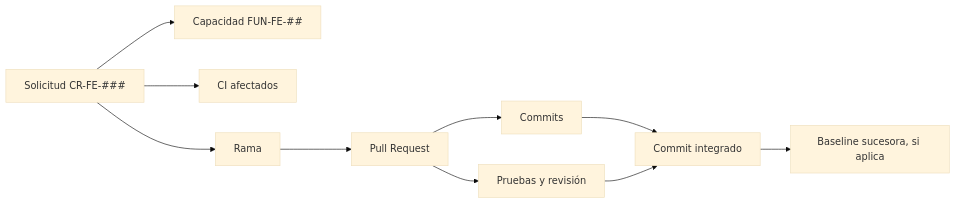
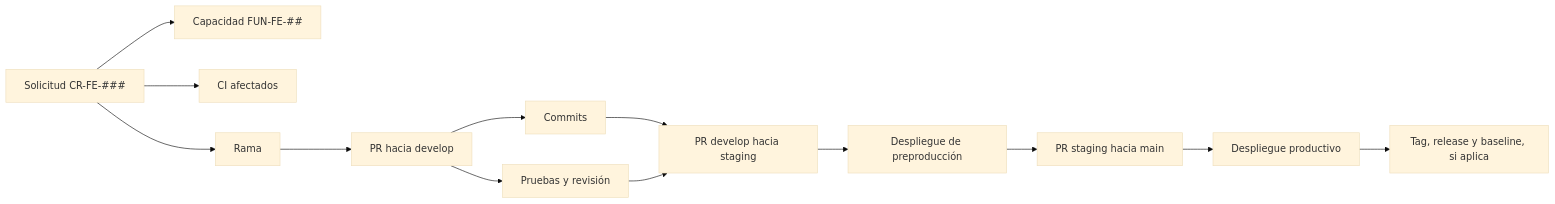
The diagram in docs/gestion-configuracion/trazabilidad/README.md (sergioing1000/dgsites), drawn with Mermaid (base theme) before and after one commit. The commit also changed other lines of this file and 13 other files, not shown here.

Commit message:
ci: configurar promoción entre develop staging y main

````diff
--- a/docs/gestion-configuracion/trazabilidad/README.md
+++ b/docs/gestion-configuracion/trazabilidad/README.md
@@ -9,12 +9,15 @@
 ```mermaid
 flowchart LR
     A["Solicitud CR-FE-###"] --> B["Capacidad FUN-FE-##"]
     A --> C["CI afectados"]
     A --> D["Rama"]
-    D --> E["Pull Request"]
+    D --> E["PR hacia develop"]
     E --> F["Commits"]
     E --> G["Pruebas y revisión"]
-    F --> H["Commit integrado"]
+    F --> H["PR develop hacia staging"]
     G --> H
-    H --> I["Baseline sucesora, si aplica"]
+    H --> I["Despliegue de preproducción"]
+    I --> J["PR staging hacia main"]
+    J --> K["Despliegue productivo"]
+    K --> L["Tag, release y baseline, si aplica"]
 ```
````
